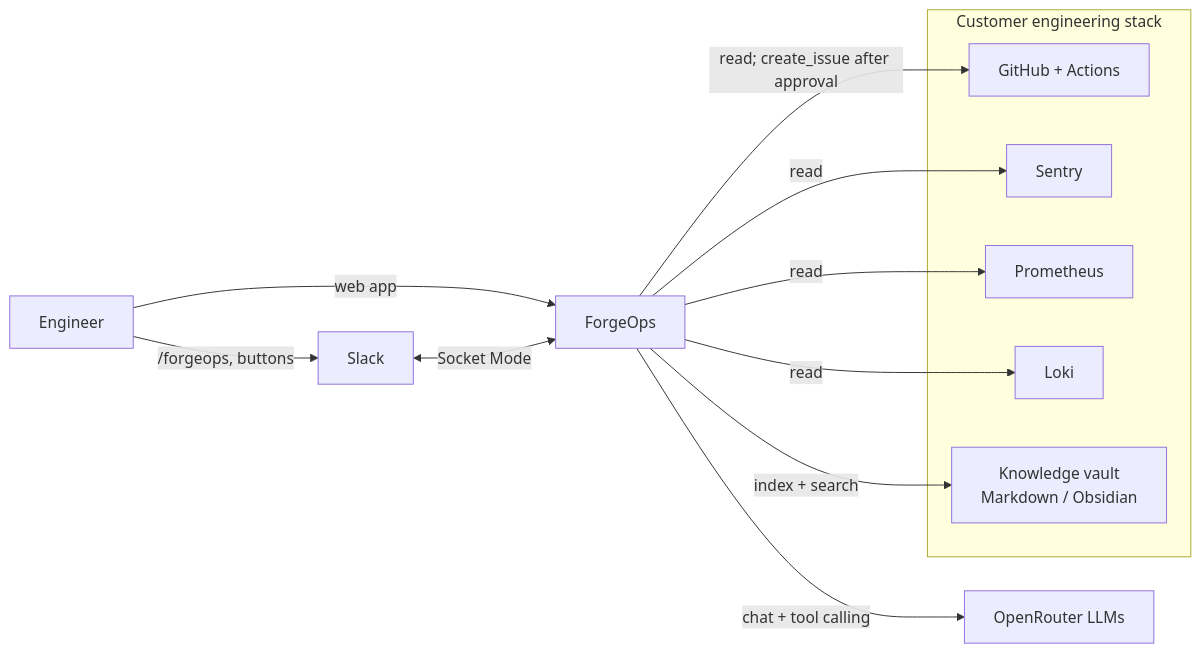
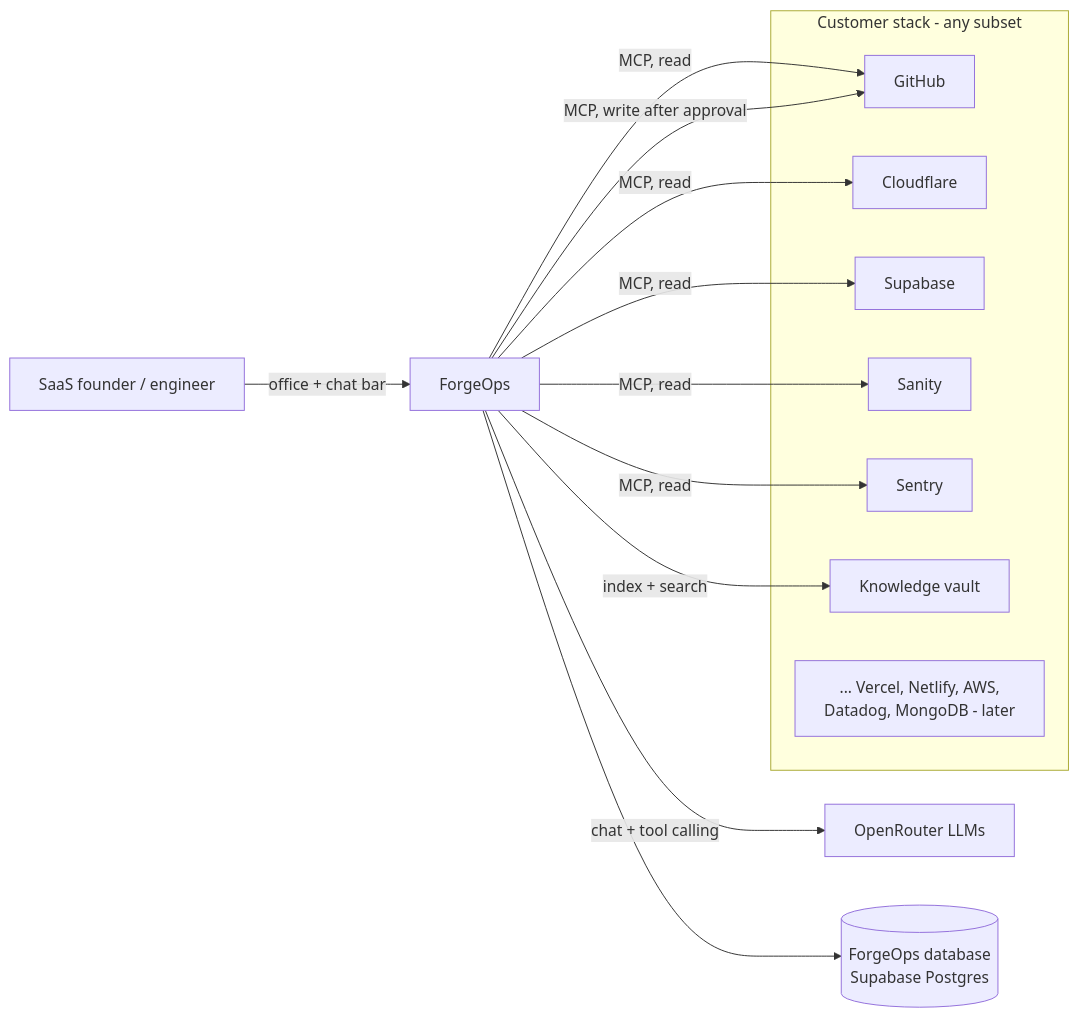
One commit to sanjaypc-github/Forgeops changed the first of 7 diagrams in docs/TRD.md. Above: the diagram before and after it, drawn with Mermaid. The commit also changed other lines of this file and 2 other files, not shown here.

Commit message:
Revise PRD and TRD to v2: area-based agents, MCP connector catalog, agent questions, chat bar

````diff
--- a/docs/TRD.md
+++ b/docs/TRD.md
@@ -16,24 +18,23 @@
 ```mermaid
 flowchart LR
-    ENG[Engineer]
-    SLACK[Slack]
+    U[SaaS founder / engineer]
     FO[ForgeOps]
     LLM[OpenRouter LLMs]
-    subgraph Customer engineering stack
-        GH[GitHub + Actions]
-        SEN[Sentry]
-        PROM[Prometheus]
-        LOKI[Loki]
-        VAULT[Knowledge vault<br/>Markdown / Obsidian]
+    DB[(ForgeOps database<br/>Supabase Postgres)]
+    subgraph customer[Customer stack - any subset]
+        GH[GitHub]
+        CF[Cloudflare]
+        SB[Supabase]
+        SN[Sanity]
+        SE[Sentry]
+        KV[Knowledge vault]
+        MORE[... Vercel, Netlify, AWS,<br/>Datadog, MongoDB - later]
     end
 
-    ENG -->|web app| FO
-    ENG -->|/forgeops, buttons| SLACK
-    SLACK <-->|Socket Mode| FO
+    U -->|office + chat bar| FO
+    FO --> DB
     FO -->|chat + tool calling| LLM
-    FO -->|read; create_issue after approval| GH
-    FO -->|read| SEN
-    FO -->|read| PROM
-    FO -->|read| LOKI
-    FO -->|index + search| VAULT
+    FO -->|MCP, read| GH & CF & SB & SN & SE
+    FO -->|MCP, write after approval| GH
+    FO -->|index + search| KV
 ```
````
